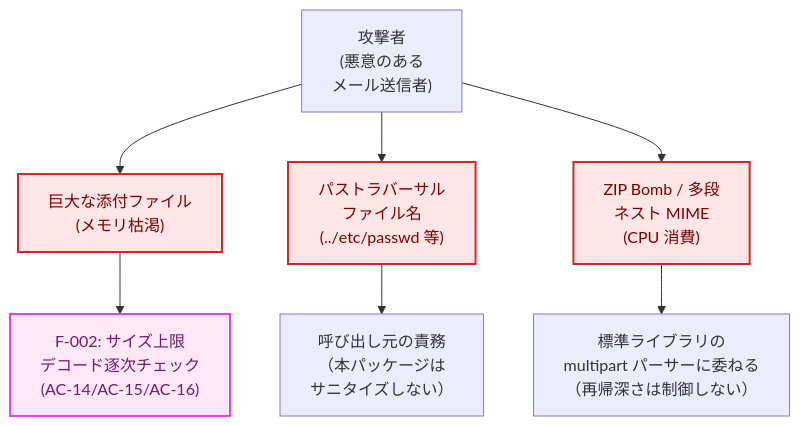
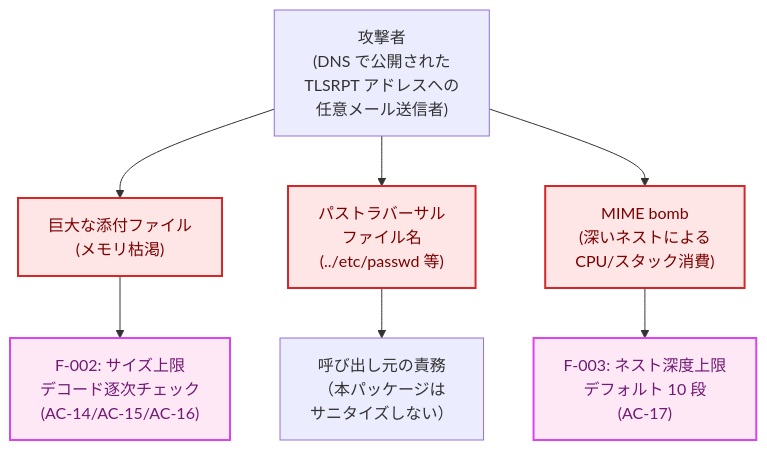
Before and after one commit to isseis/tlsrpt-digest: the seventh of 8 diagrams in docs/tasks/0011_mailparse/02_architecture.md, drawn with Mermaid. The commit also changed other lines of this file and 1 other file, not shown here.

First line of the commit message:
docs: add AC-17 for MIME nesting depth limit (F-003)

````diff
--- a/docs/tasks/0011_mailparse/02_architecture.md
+++ b/docs/tasks/0011_mailparse/02_architecture.md
@@ -294,23 +295,23 @@
 ```mermaid
 flowchart TD
     classDef problem fill:#ffe6e6,stroke:#d62728,stroke-width:2px,color:#7b0000;
     classDef newpkg fill:#ffe8f5,stroke:#d946ef,stroke-width:2px,color:#701a75;
 
-    attacker["攻撃者<br>(悪意のある<br>メール送信者)"]
+    attacker["攻撃者<br>(DNS で公開された<br>TLSRPT アドレスへの<br>任意メール送信者)"]
     threat1["巨大な添付ファイル<br>(メモリ枯渇)"]
     threat2["パストラバーサル<br>ファイル名<br>(../etc/passwd 等)"]
-    threat3["ZIP Bomb / 多段<br>ネスト MIME<br>(CPU 消費)"]
+    threat3["MIME bomb<br>(深いネストによる<br>CPU/スタック消費)"]
     mitigation1["F-002: サイズ上限<br>デコード逐次チェック<br>(AC-14/AC-15/AC-16)"]
     mitigation2["呼び出し元の責務<br>（本パッケージは<br>サニタイズしない）"]
-    mitigation3["標準ライブラリの<br>multipart パーサーに委ねる<br>（再帰深さは制御しない）"]
+    mitigation3["F-003: ネスト深度上限<br>デフォルト 10 段<br>(AC-17)"]
 
     attacker --> threat1
     attacker --> threat2
     attacker --> threat3
     threat1 --> mitigation1
     threat2 --> mitigation2
     threat3 --> mitigation3
 
     class threat1,threat2,threat3 problem
-    class mitigation1 newpkg
+    class mitigation1,mitigation3 newpkg
 ```
````
